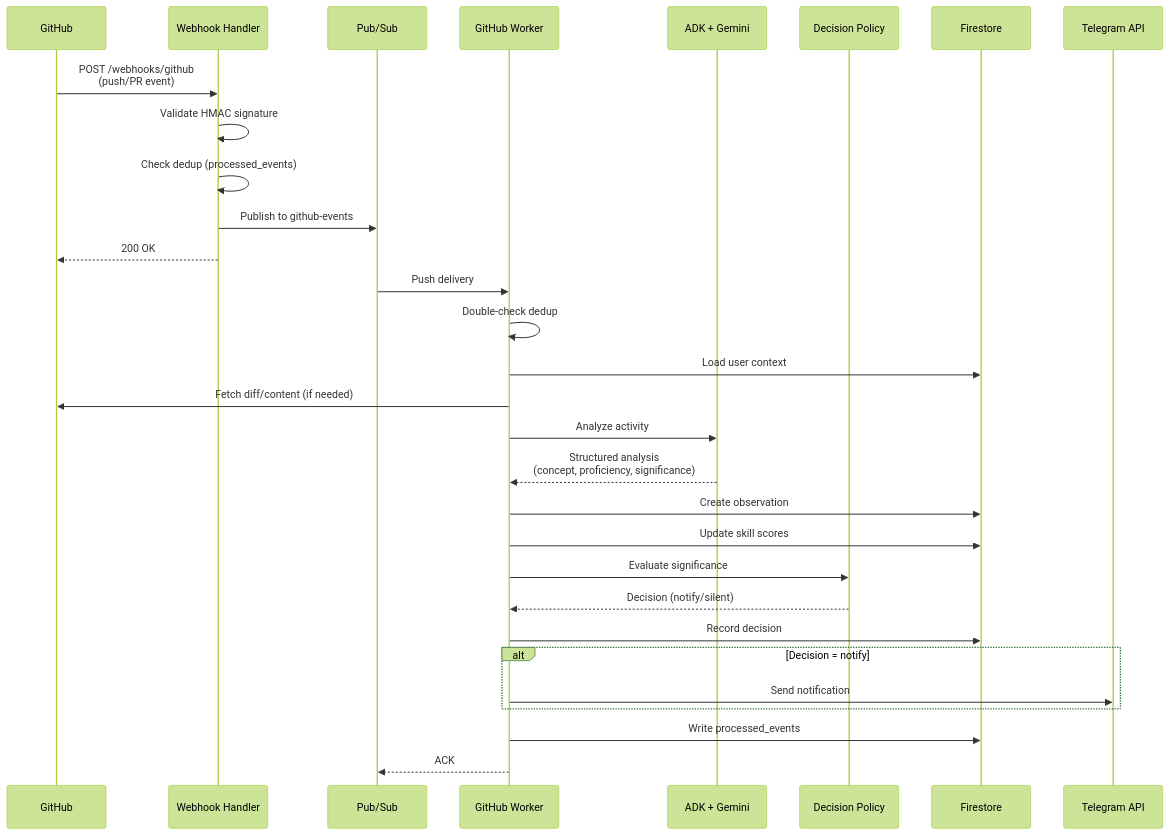
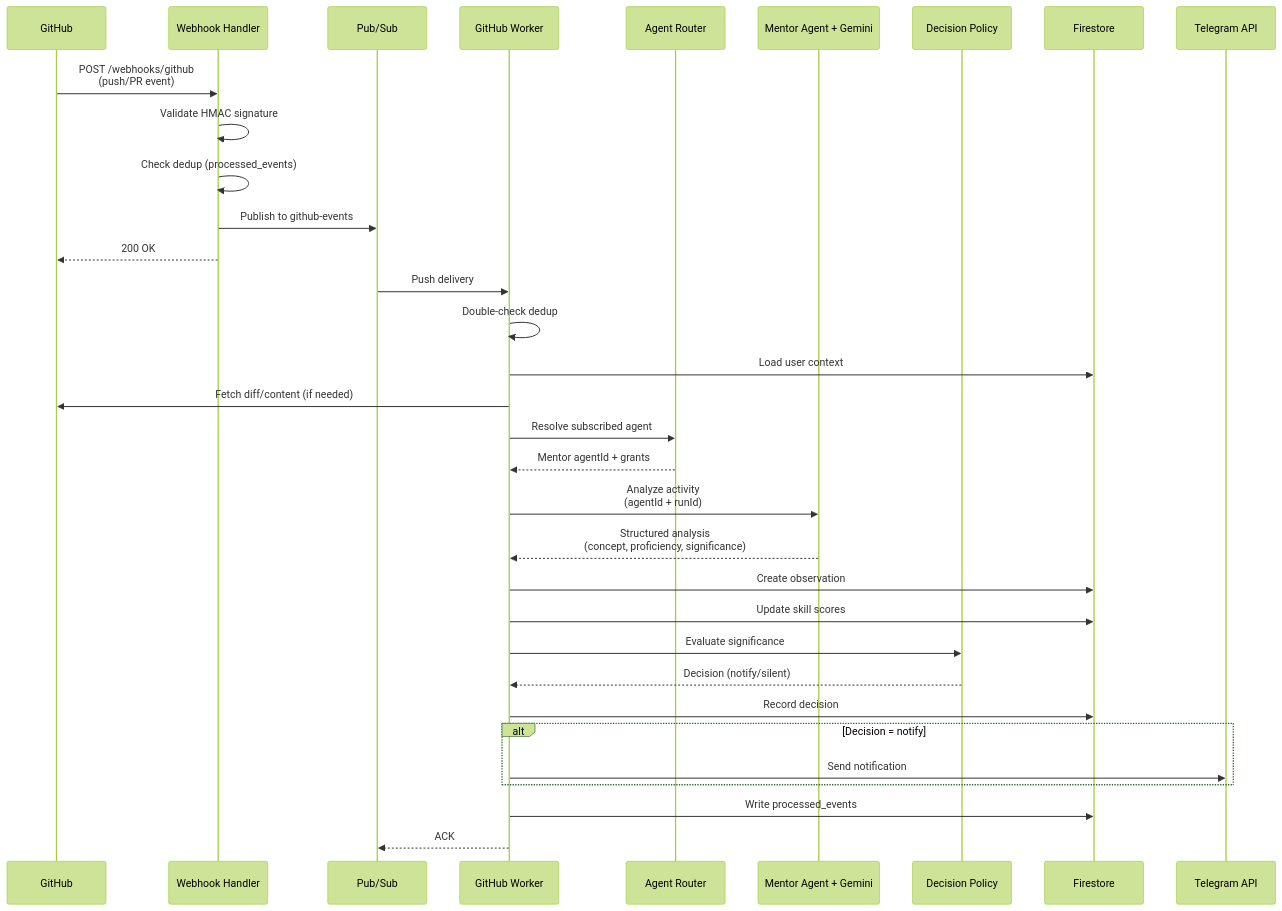
Before and after one commit to yernururue/Mark-I: the third of 7 diagrams in docs/ARCHITECTURE.md, drawn with Mermaid (forest theme). The commit also changed other lines of this file and 52 other files, not shown here.

Commit message:
feat: implement core chat functionality, authentication flows, and product readiness documentation while restructuring frontend architecture

````diff
--- a/docs/ARCHITECTURE.md
+++ b/docs/ARCHITECTURE.md
@@ -135,36 +150,39 @@
 ```mermaid
 sequenceDiagram
     participant GH as GitHub
     participant WH as Webhook Handler
     participant PS as Pub/Sub
     participant W as GitHub Worker
-    participant AI as ADK + Gemini
+    participant R as Agent Router
+    participant AI as Mentor Agent + Gemini
     participant DP as Decision Policy
     participant FS as Firestore
     participant TG as Telegram API
 
     GH->>WH: POST /webhooks/github<br/>(push/PR event)
     WH->>WH: Validate HMAC signature
     WH->>WH: Check dedup (processed_events)
     WH->>PS: Publish to github-events
     WH-->>GH: 200 OK
 
     PS->>W: Push delivery
     W->>W: Double-check dedup
     W->>FS: Load user context
     W->>GH: Fetch diff/content (if needed)
-    W->>AI: Analyze activity
+    W->>R: Resolve subscribed agent
+    R-->>W: Mentor agentId + grants
+    W->>AI: Analyze activity<br/>(agentId + runId)
     AI-->>W: Structured analysis<br/>(concept, proficiency, significance)
     W->>FS: Create observation
     W->>FS: Update skill scores
     W->>DP: Evaluate significance
     DP-->>W: Decision (notify/silent)
     W->>FS: Record decision
     
     alt Decision = notify
         W->>TG: Send notification
     end
     
     W->>FS: Write processed_events
     W-->>PS: ACK
 ```
````
